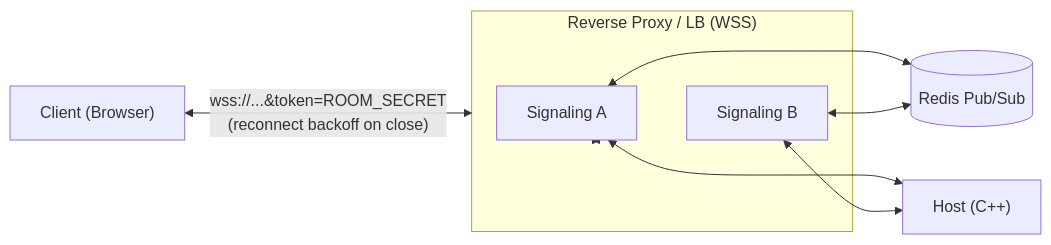
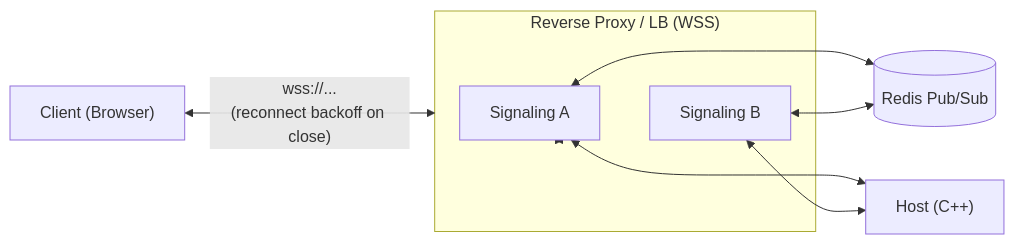
One commit to Shyamalp16/CloudGaming changed the second of 2 diagrams in README.md. Above: the diagram before and after it, drawn with Mermaid. The commit also changed other lines of this file, not shown here.

````diff
--- a/README.md
+++ b/README.md
@@ -37,18 +37,18 @@
 ```mermaid
 flowchart LR
   subgraph LB["Reverse Proxy / LB (WSS)"]
     S1["Signaling A"]
     S2["Signaling B"]
   end
   R[(Redis Pub/Sub)]
   CLI["Client (Browser)"]
   HOST["Host (C++)"]
 
-  CLI <--> |"wss://...&token=ROOM_SECRET\n(reconnect backoff on close)"| LB
+  CLI <--> |"wss://...\n(reconnect backoff on close)"| LB
   LB <--> S1
   LB <--> S2
   S1 <--> R
   S2 <--> R
   S1 <--> HOST
   S2 <--> HOST
 ```
````
